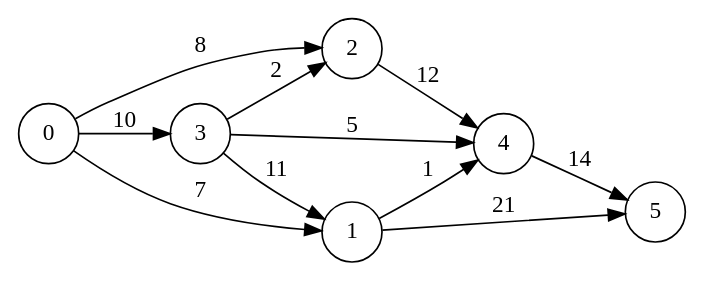
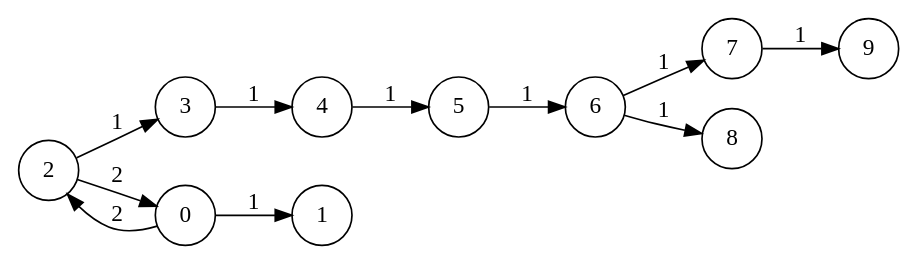
Before and after one commit to jodorganistaca/ProjectOcaml: the diagram in graphs/graph1.dot, drawn with Graphviz. The commit also changed 4 other files, not shown here.

```diff
--- a/graphs/graph1.dot
+++ b/graphs/graph1.dot
@@ -1,15 +1,15 @@
 digraph dot_graph {
   rankdir=LR;
   size="8,5"
   node [shape=circle];
-  0 -> 2 [label = "8"]; 
-  0 -> 3 [label = "10"]; 
-  0 -> 1 [label = "7"]; 
-  2 -> 4 [label = "12"]; 
-  3 -> 4 [label = "5"]; 
-  3 -> 2 [label = "2"]; 
-  3 -> 1 [label = "11"]; 
-  1 -> 4 [label = "1"]; 
-  1 -> 5 [label = "21"]; 
-  4 -> 5 [label = "14"]; 
+  3 -> 4 [label = "1"]; 
+  7 -> 9 [label = "1"]; 
+  6 -> 8 [label = "1"]; 
+  6 -> 7 [label = "1"]; 
+  5 -> 6 [label = "1"]; 
+  4 -> 5 [label = "1"]; 
+  2 -> 0 [label = "2"]; 
+  2 -> 3 [label = "1"]; 
+  0 -> 2 [label = "2"]; 
+  0 -> 1 [label = "1"]; 
 }
```
